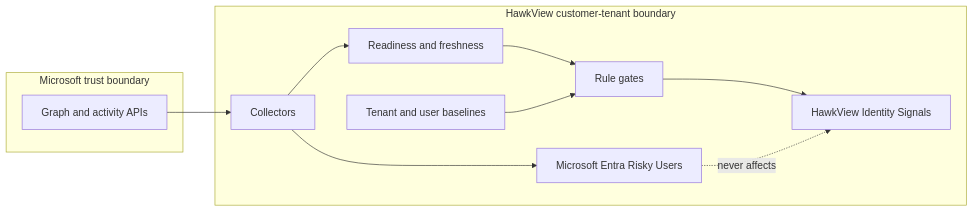
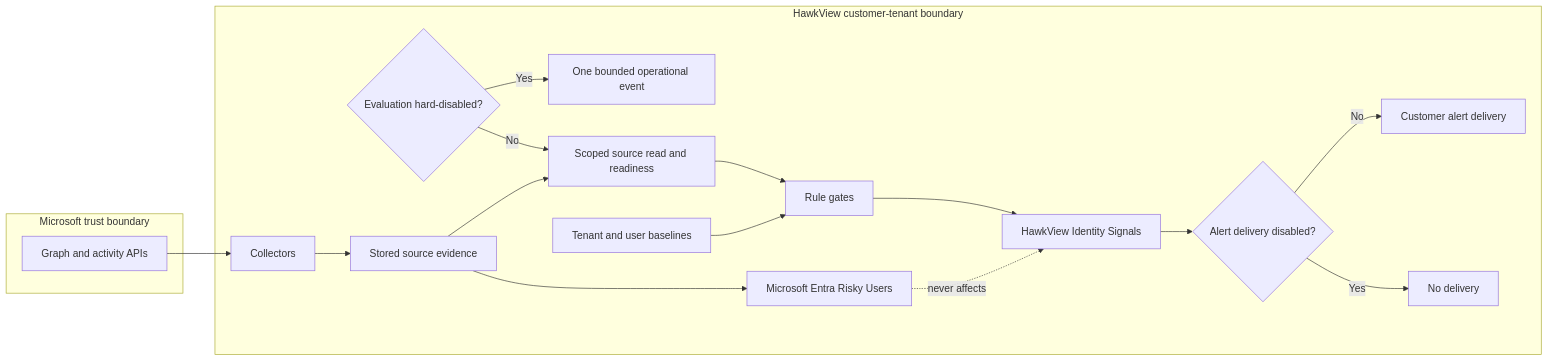
The first of 2 diagrams in docs/hawkview-identity-risk-engine-v1.md (dharmik0431/hawkview-app), drawn with Mermaid before and after one commit. The commit also changed other lines of this file, not shown here.

````diff
--- a/docs/hawkview-identity-risk-engine-v1.md
+++ b/docs/hawkview-identity-risk-engine-v1.md
@@ -376,21 +448,33 @@
 ```mermaid
 flowchart LR
   subgraph MS[Microsoft trust boundary]
     G[Graph and activity APIs]
   end
   subgraph HV[HawkView customer-tenant boundary]
     C[Collectors]
-    R[Readiness and freshness]
+    D[Stored source evidence]
+    S{Evaluation hard-disabled?}
+    O[One bounded operational event]
+    R[Scoped source read and readiness]
     E[Rule gates]
     B[Tenant and user baselines]
     F[HawkView Identity Signals]
+    A{Alert delivery disabled?}
+    N[Customer alert delivery]
+    Q[No delivery]
     M[Microsoft Entra Risky Users]
   end
   G --> C
-  C --> R
+  C --> D
+  S -- Yes --> O
+  S -- No --> R
+  D --> R
   R --> E
   B --> E
   E --> F
-  C --> M
+  F --> A
+  A -- No --> N
+  A -- Yes --> Q
+  D --> M
   M -. never affects .-> F
 ```
````
